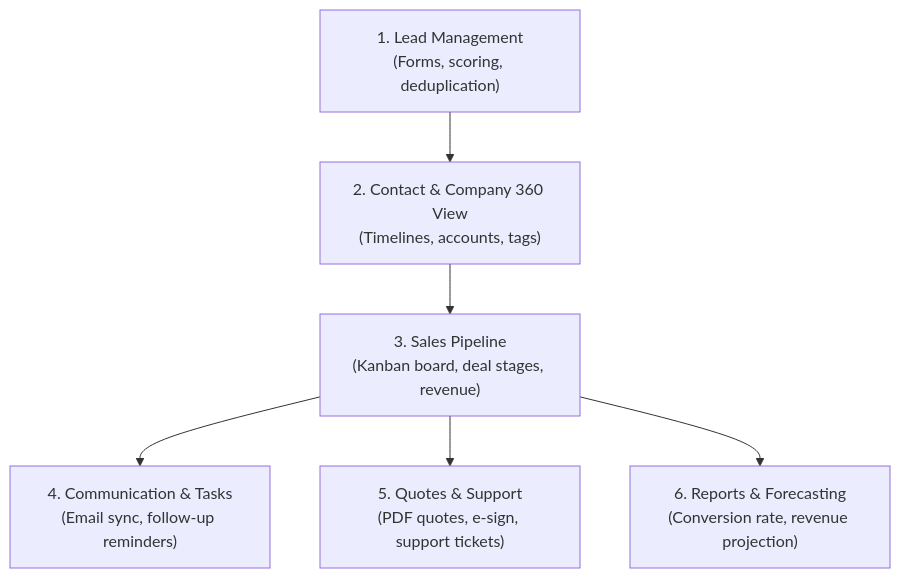
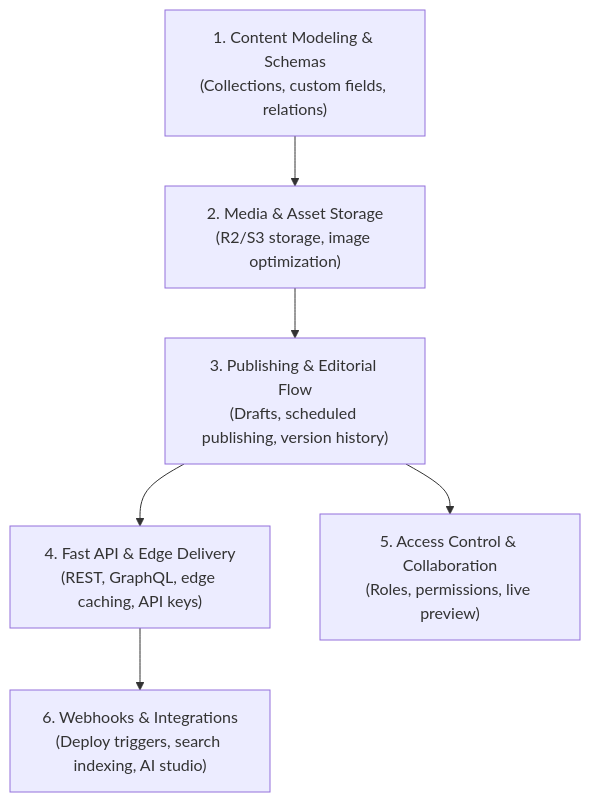
The first of 2 diagrams in docs/CRM_SYSTEM_FEATURES_RESEARCH.md (AlokMahapatra26/cms), drawn with Mermaid before and after one commit. The commit also changed other lines of this file and 1 other file, not shown here.

Commit message:
docs: add simple and clear CMS features and architecture guide

````diff
--- a/docs/CRM_SYSTEM_FEATURES_RESEARCH.md
+++ b/docs/CRM_SYSTEM_FEATURES_RESEARCH.md
@@ -47,13 +51,13 @@
 ```mermaid
 flowchart TD
-    M1["1. Lead Management\n(Forms, scoring, deduplication)"]
-    M2["2. Contact & Company 360 View\n(Timelines, accounts, tags)"]
-    M3["3. Sales Pipeline\n(Kanban board, deal stages, revenue)"]
-    M4["4. Communication & Tasks\n(Email sync, follow-up reminders)"]
-    M5["5. Quotes & Support\n(PDF quotes, e-sign, support tickets)"]
-    M6["6. Reports & Forecasting\n(Conversion rate, revenue projection)"]
+    M1["1. Content Modeling & Schemas\n(Collections, custom fields, relations)"]
+    M2["2. Media & Asset Storage\n(R2/S3 storage, image optimization)"]
+    M3["3. Publishing & Editorial Flow\n(Drafts, scheduled publishing, version history)"]
+    M4["4. Fast API & Edge Delivery\n(REST, GraphQL, edge caching, API keys)"]
+    M5["5. Access Control & Collaboration\n(Roles, permissions, live preview)"]
+    M6["6. Webhooks & Integrations\n(Deploy triggers, search indexing, AI studio)"]
 
     M1 --> M2 --> M3 --> M4
     M3 --> M5
-    M3 --> M6
+    M4 --> M6
 ```
````
